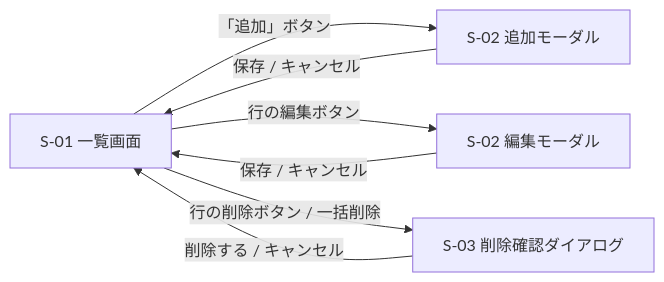
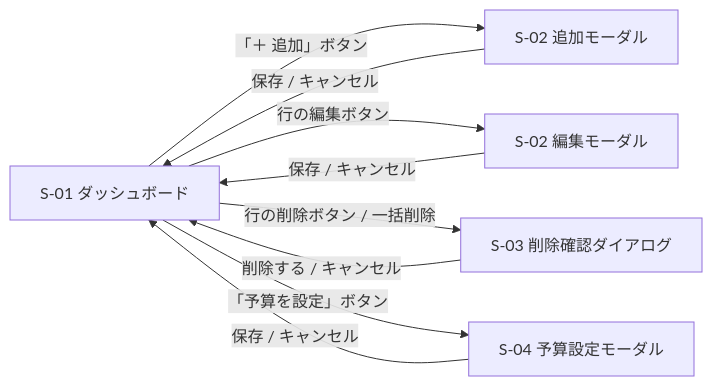
Before and after one commit to tabata-kodai1/kakeibo-app-1: the diagram in docs/screens.md, drawn with Mermaid. The commit also changed other lines of this file and 9 other files, not shown here.

````diff
--- a/docs/screens.md
+++ b/docs/screens.md
@@ -18,14 +19,17 @@
 ```mermaid
 flowchart LR
-    S01["S-01 一覧画面"]
+    S01["S-01 ダッシュボード"]
     S02A["S-02 追加モーダル"]
     S02B["S-02 編集モーダル"]
     S03["S-03 削除確認ダイアログ"]
+    S04["S-04 予算設定モーダル"]
 
-    S01 -->|"「追加」ボタン"| S02A
+    S01 -->|"「＋ 追加」ボタン"| S02A
     S02A -->|"保存 / キャンセル"| S01
     S01 -->|"行の編集ボタン"| S02B
     S02B -->|"保存 / キャンセル"| S01
     S01 -->|"行の削除ボタン / 一括削除"| S03
     S03 -->|"削除する / キャンセル"| S01
+    S01 -->|"「予算を設定」ボタン"| S04
+    S04 -->|"保存 / キャンセル"| S01
 ```
````
